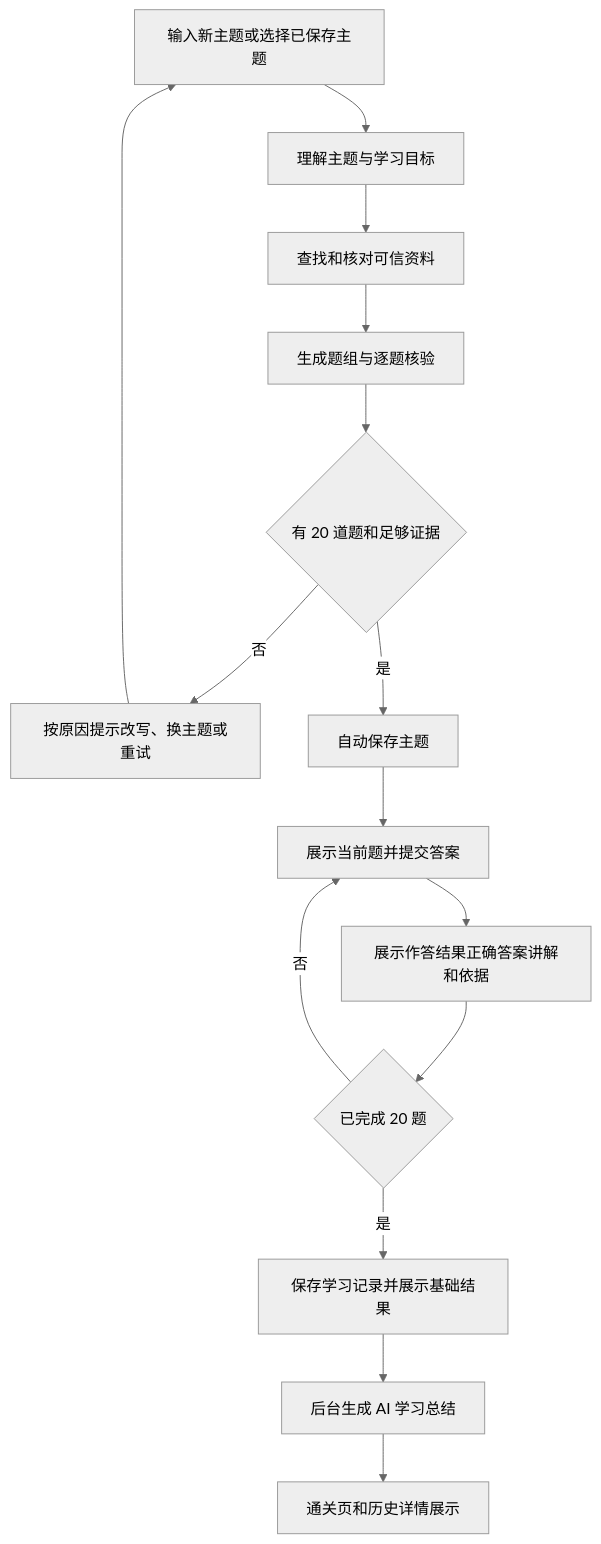
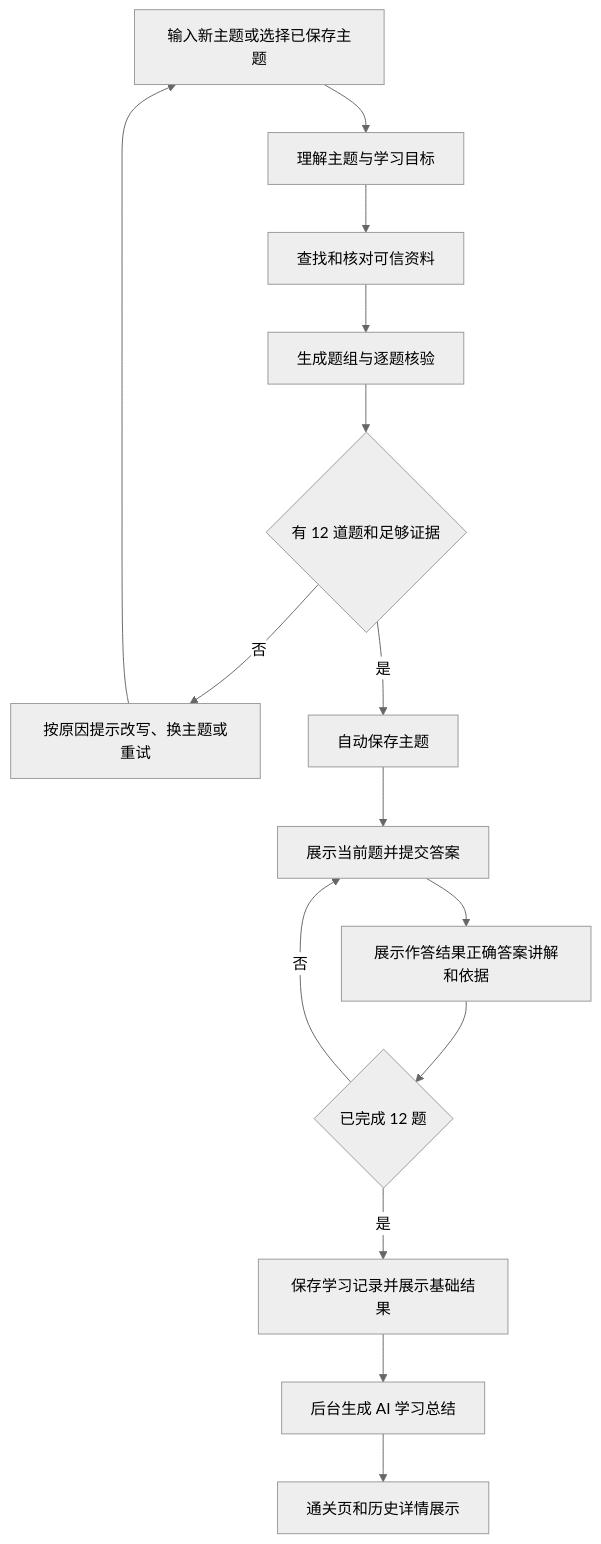
One commit to Huangbingshuai/ai_learn changed the first of 3 diagrams in docs/方案设计文档.md. Above: the diagram before and after it, drawn with Mermaid (neutral theme). The commit also changed other lines of this file and 16 other files, not shown here.

````diff
--- a/docs/方案设计文档.md
+++ b/docs/方案设计文档.md
@@ -35,17 +35,17 @@
 ```mermaid
 flowchart TD
     Start[输入新主题或选择已保存主题] --> Intent[理解主题与学习目标]
     Intent --> Sources[查找和核对可信资料]
     Sources --> Job[生成题组与逐题核验]
-    Job --> Ready{有 20 道题和足够证据}
+    Job --> Ready{有 12 道题和足够证据}
     Ready -- 否 --> Retry[按原因提示改写、换主题或重试]
     Retry --> Start
     Ready -- 是 --> Topic[自动保存主题]
     Topic --> Pick[展示当前题并提交答案]
     Pick --> Explain[展示作答结果正确答案讲解和依据]
-    Explain --> Last{已完成 20 题}
+    Explain --> Last{已完成 12 题}
     Last -- 否 --> Pick
     Last -- 是 --> Save[保存学习记录并展示基础结果]
     Save --> AI[后台生成 AI 学习总结]
     AI --> Review[通关页和历史详情展示]
 ```
````
